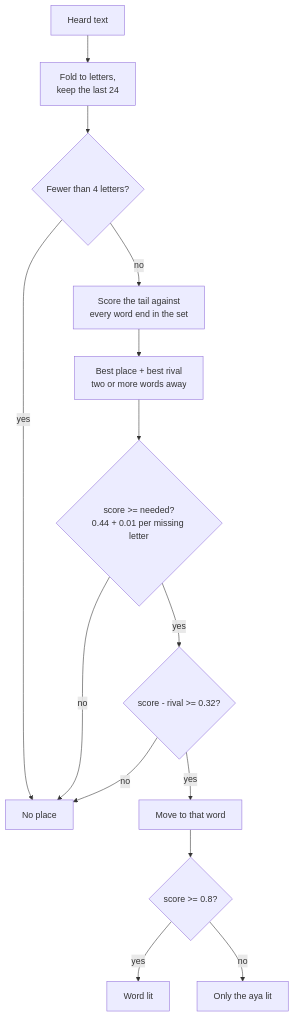
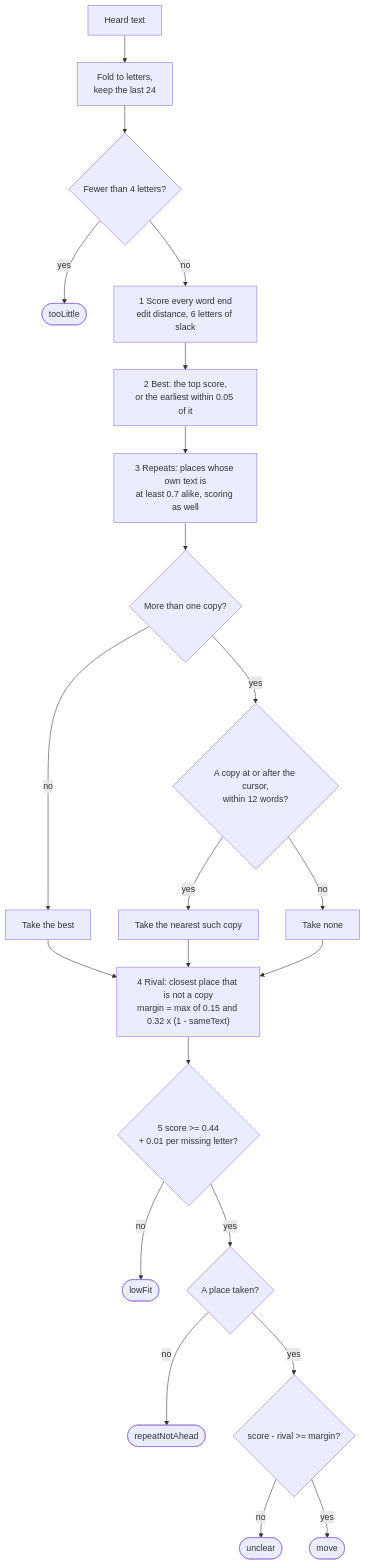
Before and after one commit to MohammadBnei/wird: the fourth of 8 diagrams in docs/architecture/app/voice-follow.md, drawn with Mermaid. The commit also changed other lines of this file and 8 other files, not shown here.

First line of the commit message:
Document the per-pair margin and repeats settled by order: ADR 0020, voice-follow, preparation, tour

````diff
--- a/docs/architecture/app/voice-follow.md
+++ b/docs/architecture/app/voice-follow.md
@@ -260,16 +262,24 @@
 ```mermaid
 flowchart TB
   heard["Heard text"] --> fold["Fold to letters,<br/>keep the last 24"]
   fold --> short{"Fewer than 4 letters?"}
-  short -->|yes| none["No place"]
-  short -->|no| scan["Score the tail against<br/>every word end in the set"]
-  scan --> best["Best place + best rival<br/>two or more words away"]
-  best --> bar{"score >= needed?<br/>0.44 + 0.01 per missing letter"}
-  bar -->|no| none
-  bar -->|yes| margin{"score - rival >= 0.32?"}
-  margin -->|no| none
-  margin -->|yes| move["Move to that word"]
-  move --> sure{"score >= 0.8?"}
-  sure -->|yes| word["Word lit"]
-  sure -->|no| aya["Only the aya lit"]
+  short -->|yes| tl(["tooLittle"])
+  short -->|no| score["1 Score every word end<br/>edit distance, 6 letters of slack"]
+  score --> best["2 Best: the top score,<br/>or the earliest within 0.05 of it"]
+  best --> reps["3 Repeats: places whose own text is<br/>at least 0.7 alike, scoring as well"]
+  reps --> many{"More than one copy?"}
+  many -->|no| take["Take the best"]
+  many -->|yes| ahead{"A copy at or after the cursor,<br/>within 12 words?"}
+  ahead -->|yes| next["Take the nearest such copy"]
+  ahead -->|no| none["Take none"]
+  take --> rival["4 Rival: closest place that is not a copy<br/>margin = max of 0.15 and 0.32 x (1 - sameText)"]
+  next --> rival
+  none --> rival
+  rival --> bar{"5 score >= 0.44<br/>+ 0.01 per missing letter?"}
+  bar -->|no| lf(["lowFit"])
+  bar -->|yes| taken{"A place taken?"}
+  taken -->|no| rna(["repeatNotAhead"])
+  taken -->|yes| gap{"score - rival >= margin?"}
+  gap -->|no| un(["unclear"])
+  gap -->|yes| mv(["move"])
 ```
````
